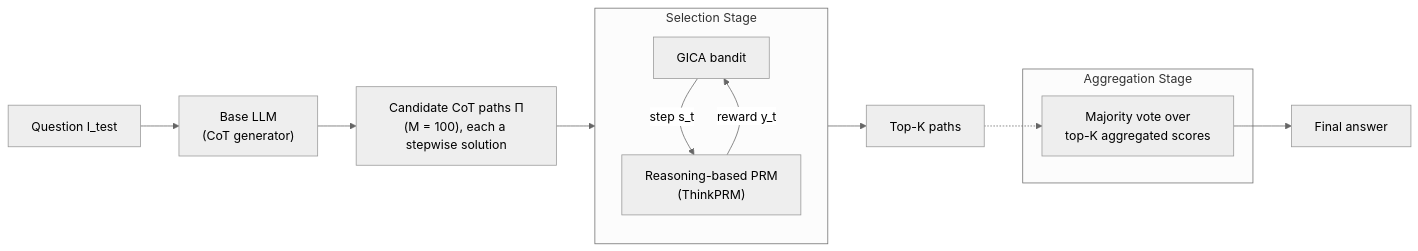
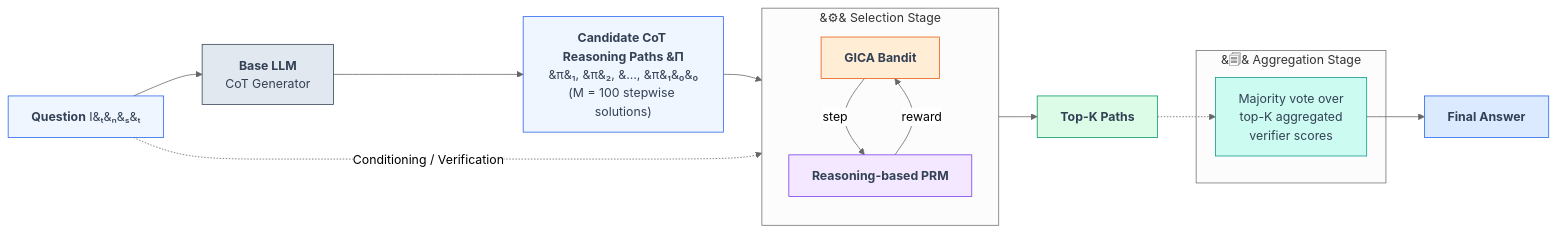
The first of 2 diagrams in README.md (mohsen1amiri/GICA), drawn with Mermaid (neutral theme) before and after one commit. The commit also changed other lines of this file, not shown here.

First line of the commit message:
Revise selection loop and algorithm details in README

````diff
--- a/README.md
+++ b/README.md
@@ -214,21 +214,42 @@
 ```mermaid
 flowchart LR
-    Q["Question I_test"] --> LLM["Base LLM<br/>(CoT generator)"]
-    LLM --> PATHS["Candidate CoT paths Π<br/>(M = 100), each a stepwise solution"]
+    Q["<b>Question</b> I&#8348;&#8345;&#8347;&#8348;"]
+    LLM["<b>Base LLM</b><br/>CoT Generator"]
+    PATHS["<b>Candidate CoT Reasoning Paths &#928;</b><br/>&#960;&#8321;, &#960;&#8322;, &#8230;, &#960;&#8321;&#8320;&#8320;<br/>(M = 100 stepwise solutions)"]
 
-    subgraph SEL ["Selection Stage"]
+    subgraph SEL ["&#9881;&#65039; Selection Stage"]
         direction TB
-        GICA["GICA bandit"] -- "step s_t" --> PRM["Reasoning-based PRM<br/>(ThinkPRM)"]
-        PRM -- "reward y_t" --> GICA
+        GICA["<b>GICA Bandit</b>"]
+        PRM["<b>Reasoning-based PRM</b>"]
+        GICA -- "step" --> PRM
+        PRM -- "reward" --> GICA
     end
 
-    PATHS --> GICA
-    GICA --> TOPK["Top-K paths"]
+    TOPK["<b>Top-K Paths</b>"]
 
-    subgraph AGG ["Aggregation Stage"]
-        MV["Majority vote over<br/>top-K aggregated scores"]
+    subgraph AGG ["&#128464;&#65039; Aggregation Stage"]
+        MV["Majority vote over<br/>top-K aggregated<br/>verifier scores"]
     end
 
-    TOPK -.-> MV
-    MV --> ANS["Final answer"]
+    FINAL["<b>Final Answer</b>"]
+
+    Q --> LLM --> PATHS --> GICA
+    GICA --> TOPK
+    TOPK -.-> MV --> FINAL
+    Q -. "Conditioning / Verification" .-> PRM
+
+    classDef input fill:#EFF6FF,stroke:#2563EB,color:#334155;
+    classDef llm fill:#E2E8F0,stroke:#334155,color:#334155;
+    classDef bandit fill:#FFEDD5,stroke:#EA580C,color:#334155;
+    classDef prm fill:#F3E8FF,stroke:#7C3AED,color:#334155;
+    classDef topk fill:#DCFCE7,stroke:#059669,color:#334155;
+    classDef agg fill:#CCFBF1,stroke:#0D9488,color:#334155;
+    classDef final fill:#DBEAFE,stroke:#2563EB,color:#334155;
+    class Q,PATHS input;
+    class LLM llm;
+    class GICA bandit;
+    class PRM prm;
+    class TOPK topk;
+    class MV agg;
+    class FINAL final;
 ```
````
